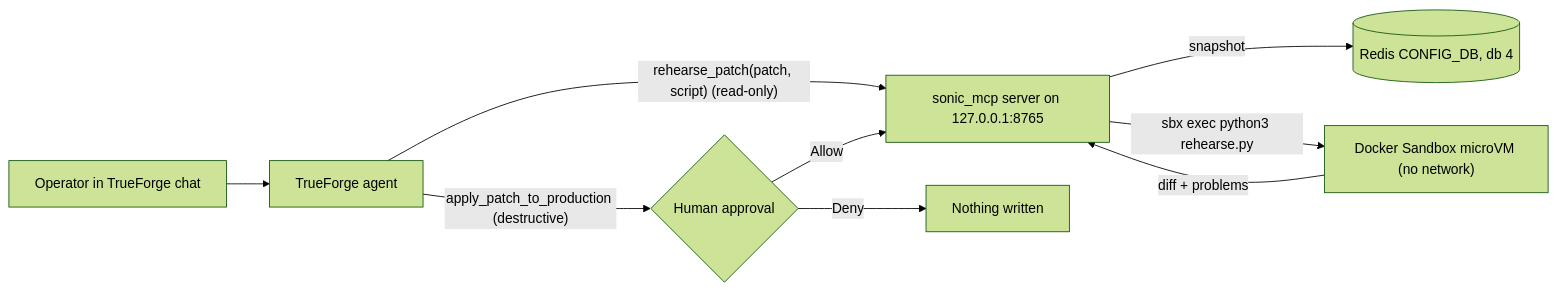
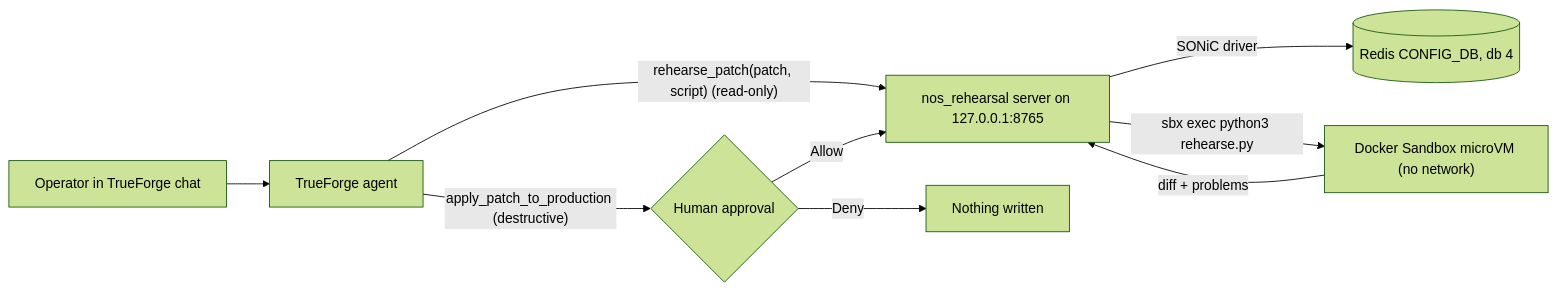
One commit to srini047/db-rehersal-agent changed the diagram in README.md. Above: the diagram before and after it, drawn with Mermaid (forest theme). The commit also changed other lines of this file and 25 other files, not shown here.

First line of the commit message:
Make the rehearsal harness NOS-agnostic with NOS profiles

````diff
--- a/README.md
+++ b/README.md
@@ -16,11 +16,11 @@
 ```mermaid
 flowchart LR
     User[Operator in TrueForge chat] --> Agent[TrueForge agent]
-    Agent -->|"rehearse_patch(patch, script) (read-only)"| MCP[sonic_mcp server on 127.0.0.1:8765]
-    MCP -->|snapshot| Redis[("Redis CONFIG_DB, db 4")]
+    Agent -->|"rehearse_patch(patch, script) (read-only)"| MCP[nos_rehearsal server on 127.0.0.1:8765]
+    MCP -->|"SONiC driver"| Redis[("Redis CONFIG_DB, db 4")]
     MCP -->|"sbx exec python3 rehearse.py"| Sandbox["Docker Sandbox microVM (no network)"]
     Sandbox -->|"diff + problems"| MCP
     Agent -->|"apply_patch_to_production (destructive)"| Gate{Human approval}
     Gate -->|Allow| MCP
     Gate -->|Deny| Stop[Nothing written]
 ```
````
